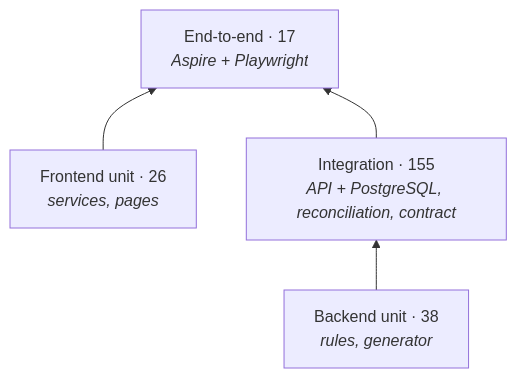
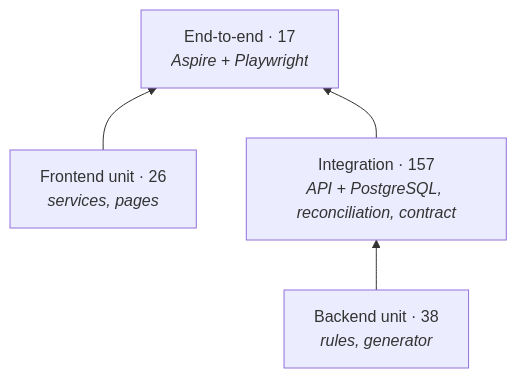
The diagram in docs/testing.md (nsahaiquality/dappDashboard), drawn with Mermaid before and after one commit. The commit also changed other lines of this file and 2 other files, not shown here.

````diff
--- a/docs/testing.md
+++ b/docs/testing.md
@@ -14,10 +14,10 @@
 ```mermaid
 flowchart BT
     unit["Backend unit · 38<br/><i>rules, generator</i>"]
     funit["Frontend unit · 26<br/><i>services, pages</i>"]
-    integ["Integration · 155<br/><i>API + PostgreSQL, reconciliation, contract</i>"]
+    integ["Integration · 157<br/><i>API + PostgreSQL, reconciliation, contract</i>"]
     e2e["End-to-end · 17<br/><i>Aspire + Playwright</i>"]
     unit --> integ
     funit --> e2e
     integ --> e2e
 ```
````
